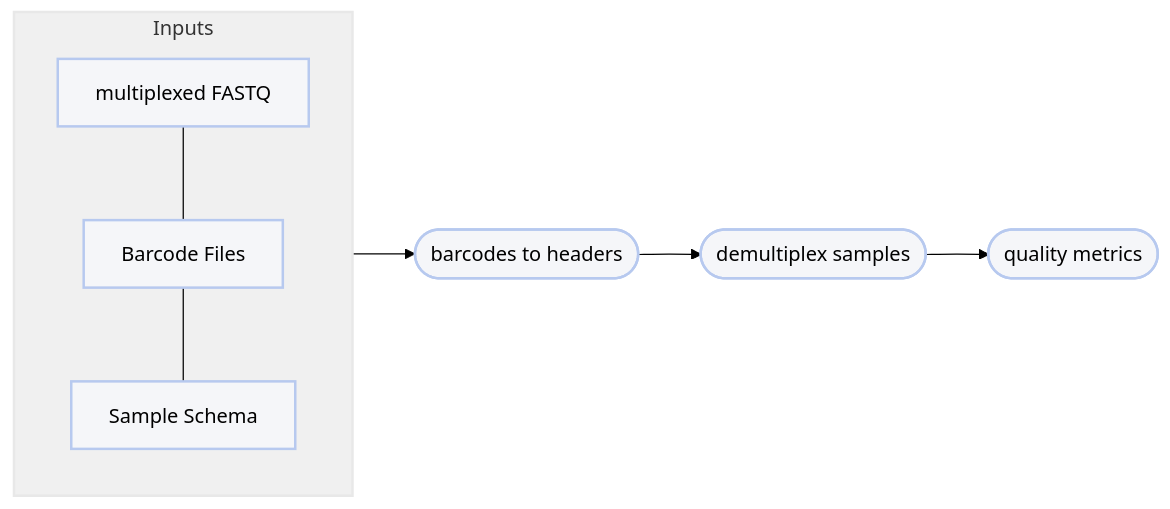
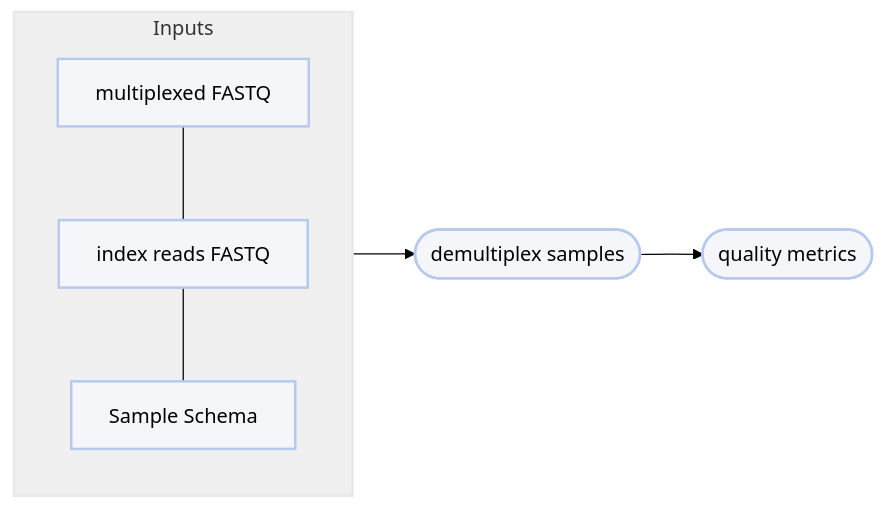
Before and after one commit to pdimens/harpy: the diagram in Workflows/demultiplex.md, drawn with Mermaid (forest theme). The commit also changed other lines of this file and 8 other files, not shown here.

````diff
--- a/Workflows/demultiplex.md
+++ b/Workflows/demultiplex.md
@@ -75,14 +106,13 @@
 ```mermaid
 graph LR
     subgraph Inputs
         direction TB
         A[multiplexed FASTQ]:::clean---BX
-        BX[Barcode Files]:::clean---SCH
+        BX[index reads FASTQ]:::clean---SCH
         SCH[Sample Schema]:::clean
     end
-    Inputs-->B([barcodes to headers]):::clean
-    B-->C([demultiplex samples]):::clean
-    C-->D([quality metrics]):::clean
+    Inputs-->B([demultiplex samples]):::clean
+    B-->D([quality metrics]):::clean
     style Inputs fill:#f0f0f0,stroke:#e8e8e8,stroke-width:2px
     classDef clean fill:#f5f6f9,stroke:#b7c9ef,stroke-width:2px
 ```
````
